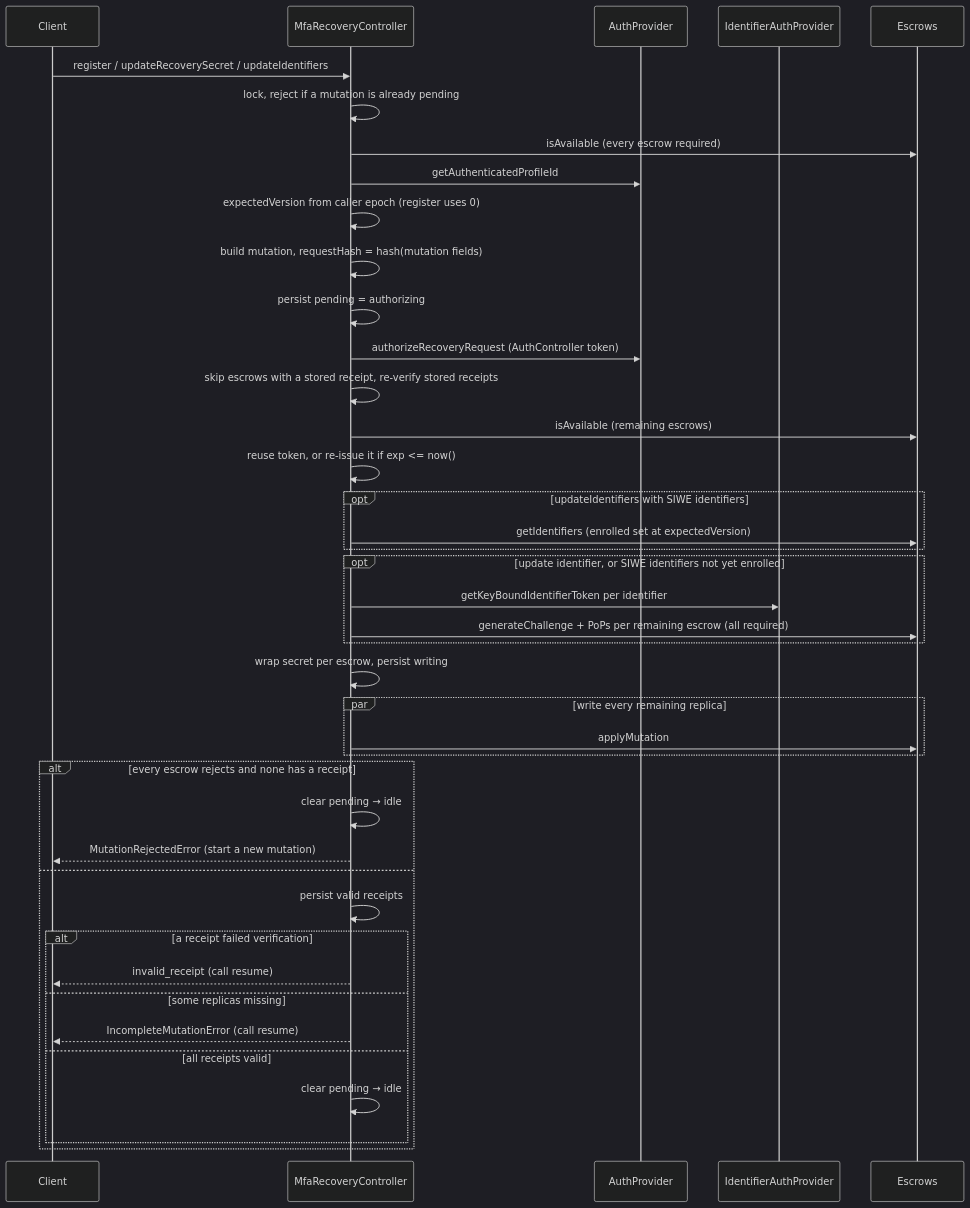
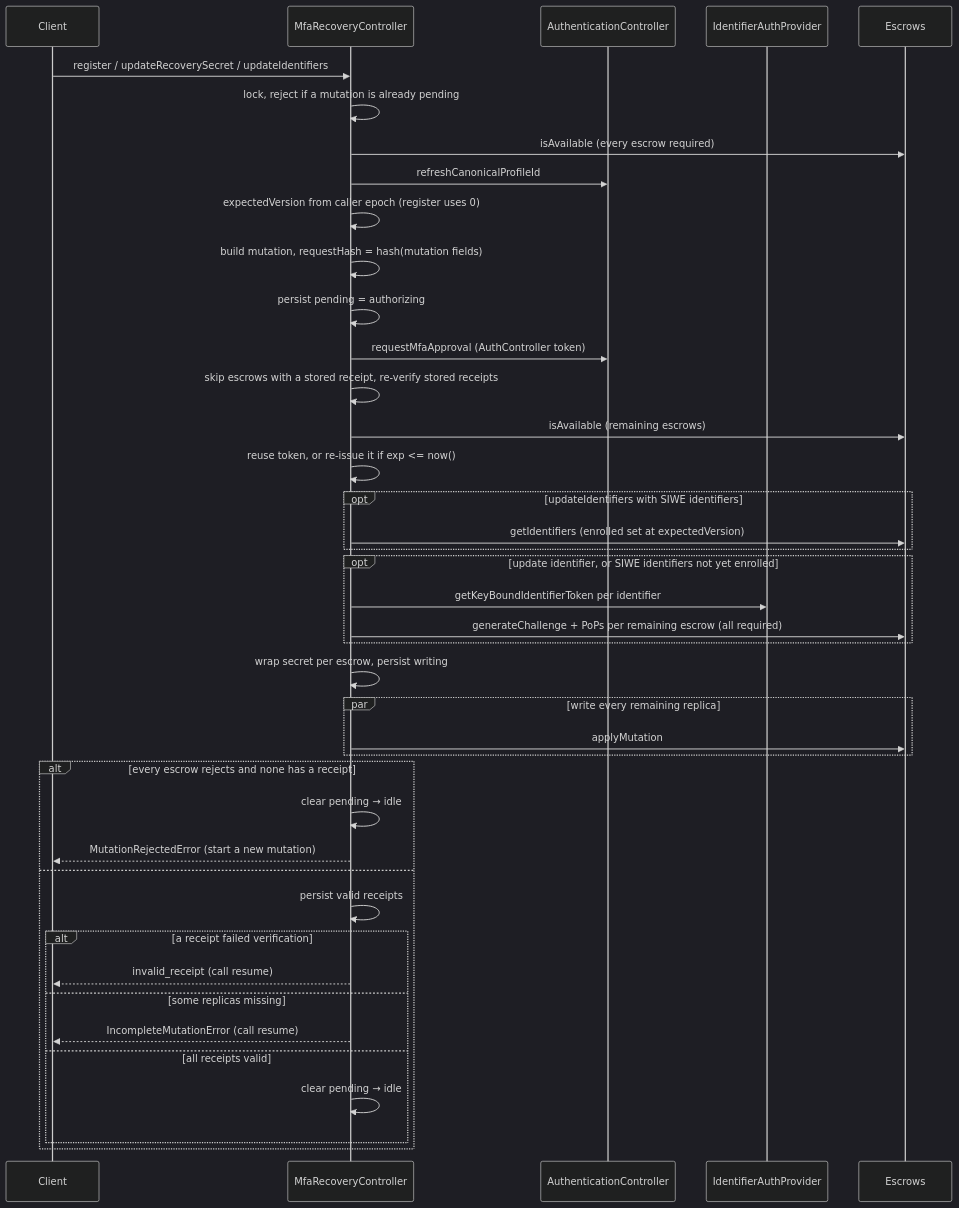
One commit to MetaMask/core changed the third of 5 diagrams in packages/mfa-recovery-controller/ARCHITECTURE.md. Above: the diagram before and after it, drawn with Mermaid (dark theme). The commit also changed other lines of this file and 17 other files, not shown here.

First line of the commit message:
feat(mfa-recovery-controller): integrate AuthenticationController for MFA approvals

````diff
--- a/packages/mfa-recovery-controller/ARCHITECTURE.md
+++ b/packages/mfa-recovery-controller/ARCHITECTURE.md
@@ -133,44 +147,44 @@
 ```mermaid
 sequenceDiagram
   participant C as Client
   participant M as MfaRecoveryController
-  participant A as AuthProvider
+  participant A as AuthenticationController
   participant I as IdentifierAuthProvider
   participant E as Escrows
 
   C->>M: register / updateRecoverySecret / updateIdentifiers
   M->>M: lock, reject if a mutation is already pending
   M->>E: isAvailable (every escrow required)
-  M->>A: getAuthenticatedProfileId
+  M->>A: refreshCanonicalProfileId
   M->>M: expectedVersion from caller epoch (register uses 0)
   M->>M: build mutation, requestHash = hash(mutation fields)
   M->>M: persist pending = authorizing
-  M->>A: authorizeRecoveryRequest (AuthController token)
+  M->>A: requestMfaApproval (AuthController token)
   M->>M: skip escrows with a stored receipt, re-verify stored receipts
   M->>E: isAvailable (remaining escrows)
   M->>M: reuse token, or re-issue it if exp <= now()
   opt updateIdentifiers with SIWE identifiers
     M->>E: getIdentifiers (enrolled set at expectedVersion)
   end
   opt update identifier, or SIWE identifiers not yet enrolled
     M->>I: getKeyBoundIdentifierToken per identifier
     M->>E: generateChallenge + PoPs per remaining escrow (all required)
   end
   M->>M: wrap secret per escrow, persist writing
   par write every remaining replica
     M->>E: applyMutation
   end
   alt every escrow rejects and none has a receipt
     M->>M: clear pending → idle
     M-->>C: MutationRejectedError (start a new mutation)
   else
     M->>M: persist valid receipts
     alt a receipt failed verification
       M-->>C: invalid_receipt (call resume)
     else some replicas missing
       M-->>C: IncompleteMutationError (call resume)
     else all receipts valid
       M->>M: clear pending → idle
     end
   end
 ```
````
